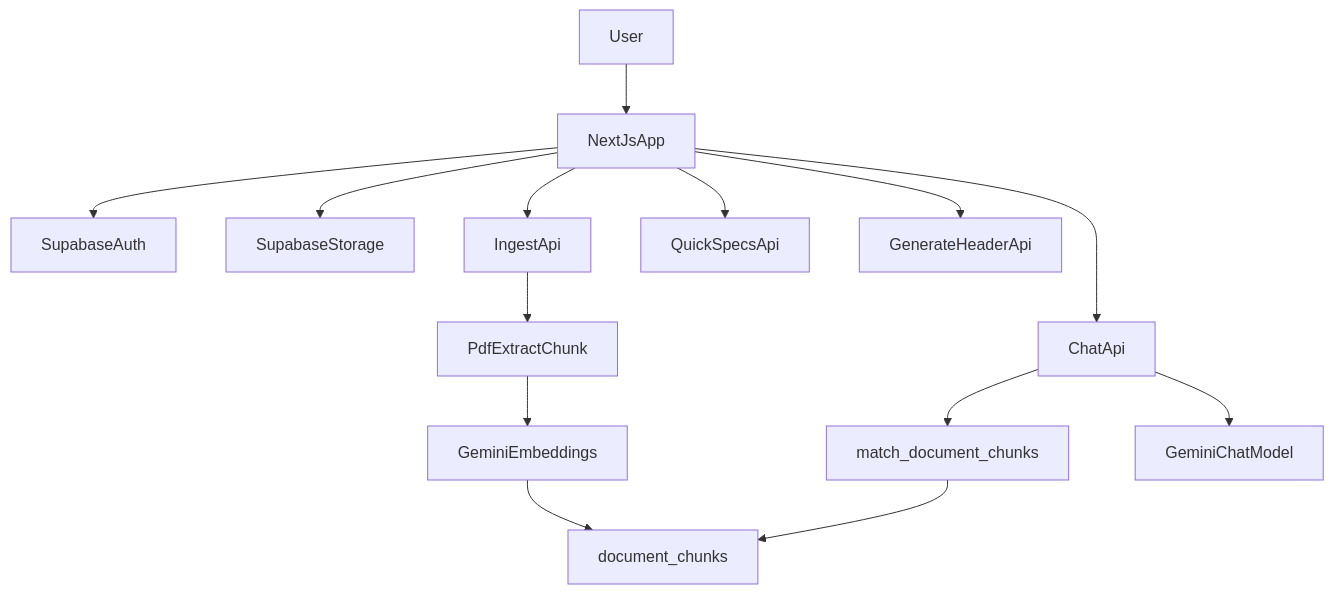
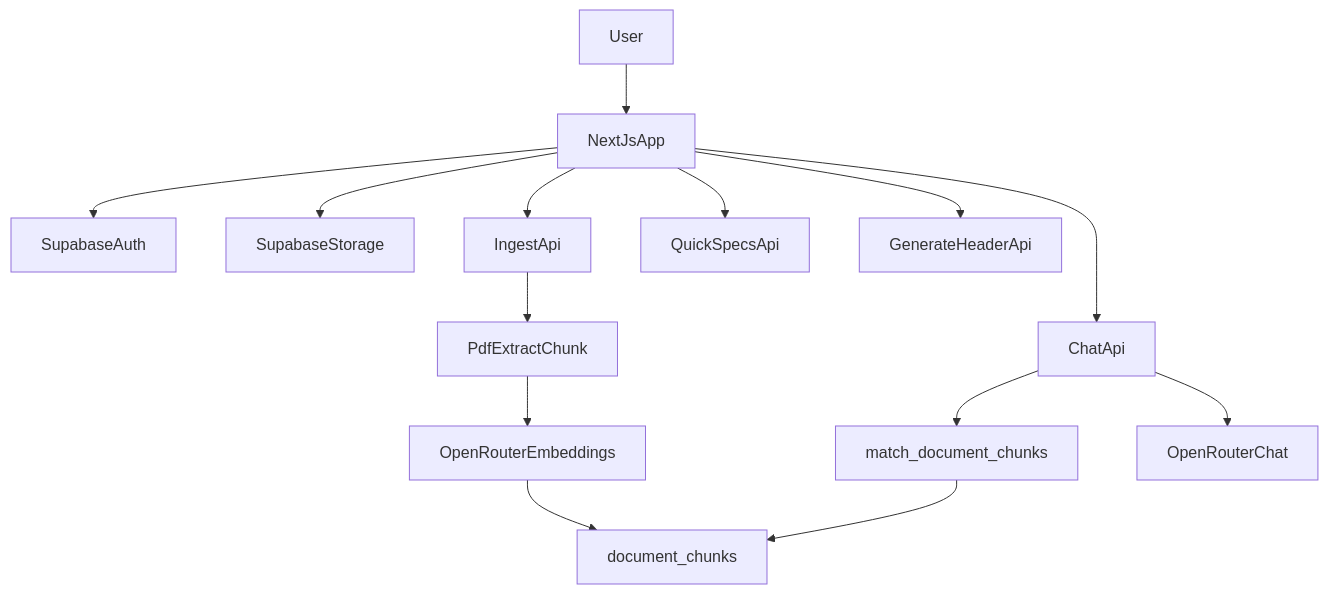
One commit to jedddi/Spec2Code-Spec-Sheet-Analyzer changed the diagram in README.md. Above: the diagram before and after it, drawn with Mermaid. The commit also changed other lines of this file and 48 other files, not shown here.

````diff
--- a/README.md
+++ b/README.md
@@ -16,16 +16,16 @@
 ```mermaid
 flowchart TD
   user[User] --> appUi[NextJsApp]
   appUi --> supabaseAuth[SupabaseAuth]
   appUi --> storage[SupabaseStorage]
   appUi --> ingestApi[IngestApi]
   ingestApi --> pdfExtract[PdfExtractChunk]
-  pdfExtract --> embedModel[GeminiEmbeddings]
+  pdfExtract --> embedModel[OpenRouterEmbeddings]
   embedModel --> chunkTable[document_chunks]
   appUi --> chatApi[ChatApi]
   chatApi --> matchRpc[match_document_chunks]
   matchRpc --> chunkTable
-  chatApi --> llm[GeminiChatModel]
+  chatApi --> llm[OpenRouterChat]
   appUi --> quickSpecsApi[QuickSpecsApi]
   appUi --> headerApi[GenerateHeaderApi]
 ```
````
